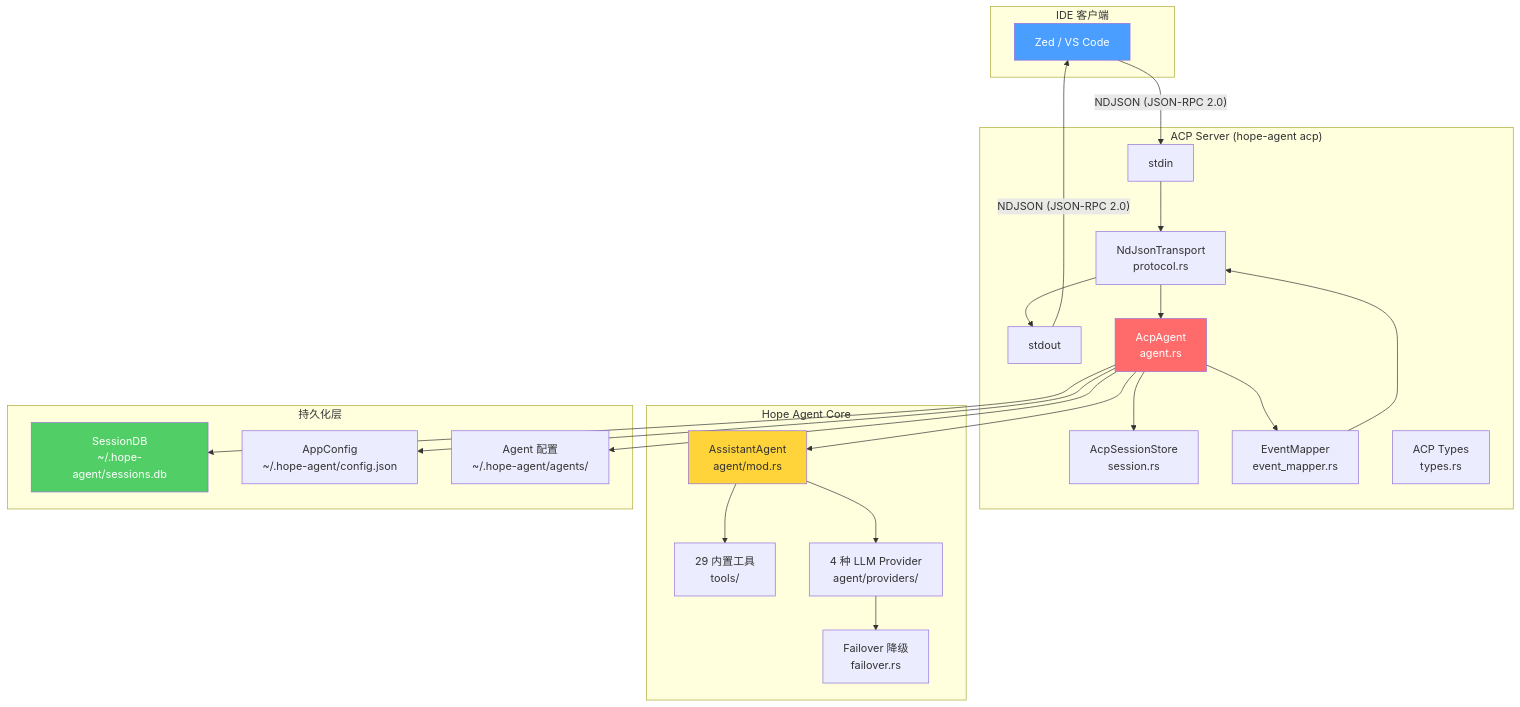
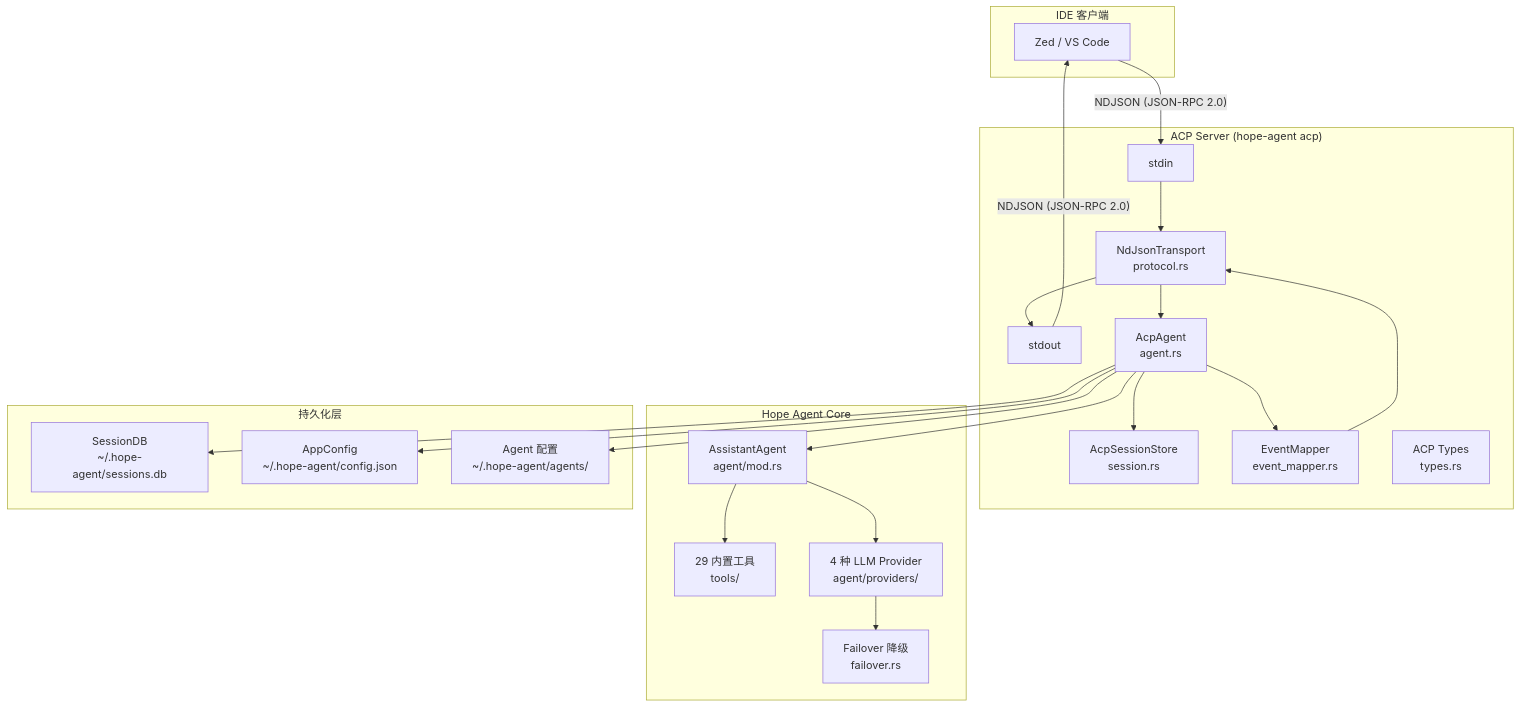
Before and after one commit to shiwenwen/hope-agent: the first of 11 diagrams in docs/architecture/acp.md, drawn with Mermaid. The commit also changed other lines of this file and 13 other files, not shown here.

First line of the commit message:
docs: 移除 mermaid 图表中的自定义背景色填充

````diff
--- a/docs/architecture/acp.md
+++ b/docs/architecture/acp.md
@@ -38,52 +38,48 @@
 ```mermaid
 graph TB
     subgraph "IDE 客户端"
         ZED["Zed / VS Code"]
     end
 
     subgraph "ACP Server (hope-agent acp)"
         STDIN["stdin"]
         STDOUT["stdout"]
         TRANSPORT["NdJsonTransport<br/>protocol.rs"]
         AGENT["AcpAgent<br/>agent.rs"]
         SESSION_STORE["AcpSessionStore<br/>session.rs"]
         EVENT_MAP["EventMapper<br/>event_mapper.rs"]
         TYPES["ACP Types<br/>types.rs"]
     end
 
     subgraph "Hope Agent Core"
         ASSISTANT["AssistantAgent<br/>agent/mod.rs"]
         TOOLS["29 内置工具<br/>tools/"]
         PROVIDERS["4 种 LLM Provider<br/>agent/providers/"]
         FAILOVER["Failover 降级<br/>failover.rs"]
     end
 
     subgraph "持久化层"
         SESSION_DB["SessionDB<br/>~/.hope-agent/sessions.db"]
         CONFIG["AppConfig<br/>~/.hope-agent/config.json"]
         AGENTS_DIR["Agent 配置<br/>~/.hope-agent/agents/"]
     end
 
     ZED -- "NDJSON (JSON-RPC 2.0)" --> STDIN
     STDIN --> TRANSPORT
     TRANSPORT --> AGENT
     AGENT --> SESSION_STORE
     AGENT --> EVENT_MAP
     EVENT_MAP --> TRANSPORT
     TRANSPORT --> STDOUT
     STDOUT -- "NDJSON (JSON-RPC 2.0)" --> ZED
 
     AGENT --> ASSISTANT
     ASSISTANT --> TOOLS
     ASSISTANT --> PROVIDERS
     PROVIDERS --> FAILOVER
 
     AGENT --> SESSION_DB
     AGENT --> CONFIG
     AGENT --> AGENTS_DIR
 
-    style ZED fill:#4a9eff,color:#fff
-    style AGENT fill:#ff6b6b,color:#fff
-    style SESSION_DB fill:#51cf66,color:#fff
-    style ASSISTANT fill:#ffd43b,color:#333
 ```
````
